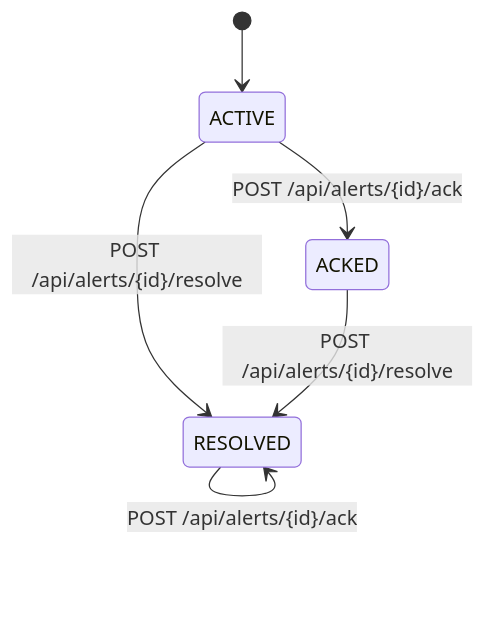
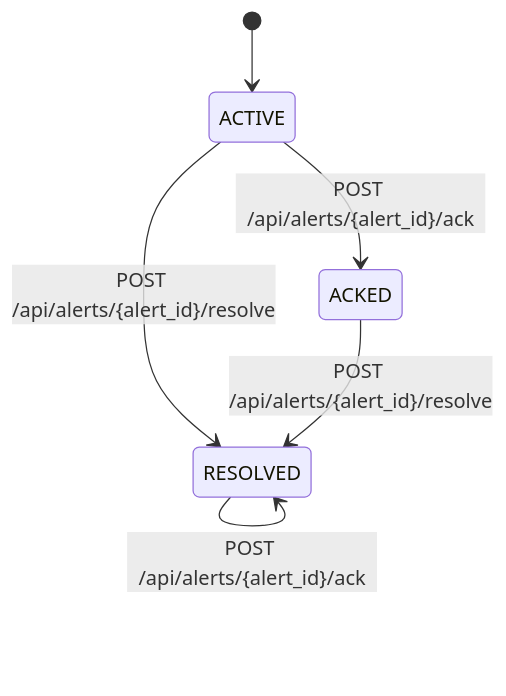
Before and after one commit to Qnitz/LifeBridge: the sixth of 6 diagrams in docs/PROJECT_BOOK_DRAFT.md, drawn with Mermaid. The commit also changed other lines of this file and 5 other files, not shown here.

````diff
--- a/docs/PROJECT_BOOK_DRAFT.md
+++ b/docs/PROJECT_BOOK_DRAFT.md
@@ -301,8 +301,8 @@
 ```mermaid
 stateDiagram-v2
   [*] --> ACTIVE
-  ACTIVE --> ACKED: POST /api/alerts/{id}/ack
-  ACTIVE --> RESOLVED: POST /api/alerts/{id}/resolve
-  ACKED --> RESOLVED: POST /api/alerts/{id}/resolve
-  RESOLVED --> RESOLVED: POST /api/alerts/{id}/ack
+  ACTIVE --> ACKED: POST /api/alerts/{alert_id}/ack
+  ACTIVE --> RESOLVED: POST /api/alerts/{alert_id}/resolve
+  ACKED --> RESOLVED: POST /api/alerts/{alert_id}/resolve
+  RESOLVED --> RESOLVED: POST /api/alerts/{alert_id}/ack
 ```
````
